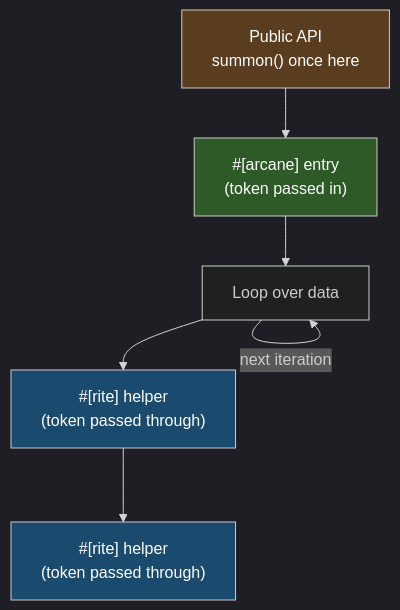
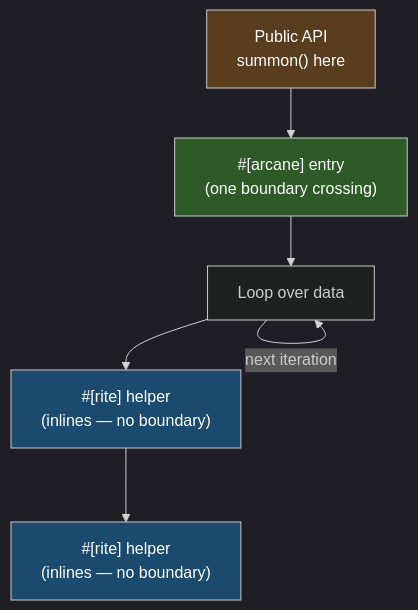
One commit to imazen/archmage changed the diagram in docs/book/src/concepts/token-hoisting.md. Above: the diagram before and after it, drawn with Mermaid. The commit also changed other lines of this file and 14 other files, not shown here.

First line of the commit message:
docs: replace "wrapper overhead" / "token hoisting" with target-feature boundary

````diff
--- a/docs/book/src/concepts/token-hoisting.md
+++ b/docs/book/src/concepts/token-hoisting.md
@@ -5,14 +7,14 @@
 ```mermaid
 %%{init: { 'theme': 'dark' }}%%
 flowchart TD
-    API["Public API<br/>summon() once here"] --> ARC["#[arcane] entry<br/>(token passed in)"]
+    API["Public API<br/>summon() here"] --> ARC["#[arcane] entry<br/>(one boundary crossing)"]
     ARC --> L["Loop over data"]
-    L --> R1["#[rite] helper<br/>(token passed through)"]
-    R1 --> R2["#[rite] helper<br/>(token passed through)"]
+    L --> R1["#[rite] helper<br/>(inlines — no boundary)"]
+    R1 --> R2["#[rite] helper<br/>(inlines — no boundary)"]
     L -->|"next iteration"| L
 
     style API fill:#5a3d1e,color:#fff
     style ARC fill:#2d5a27,color:#fff
     style R1 fill:#1a4a6e,color:#fff
     style R2 fill:#1a4a6e,color:#fff
 ```
````
